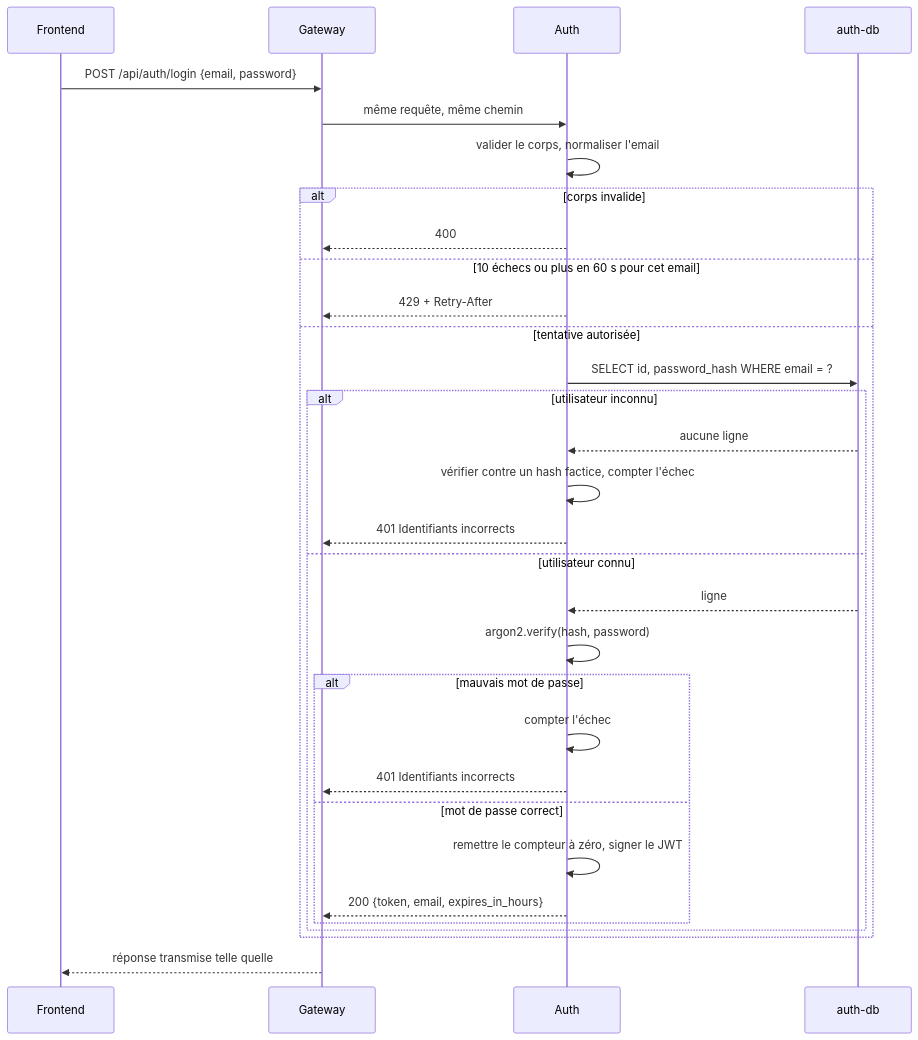
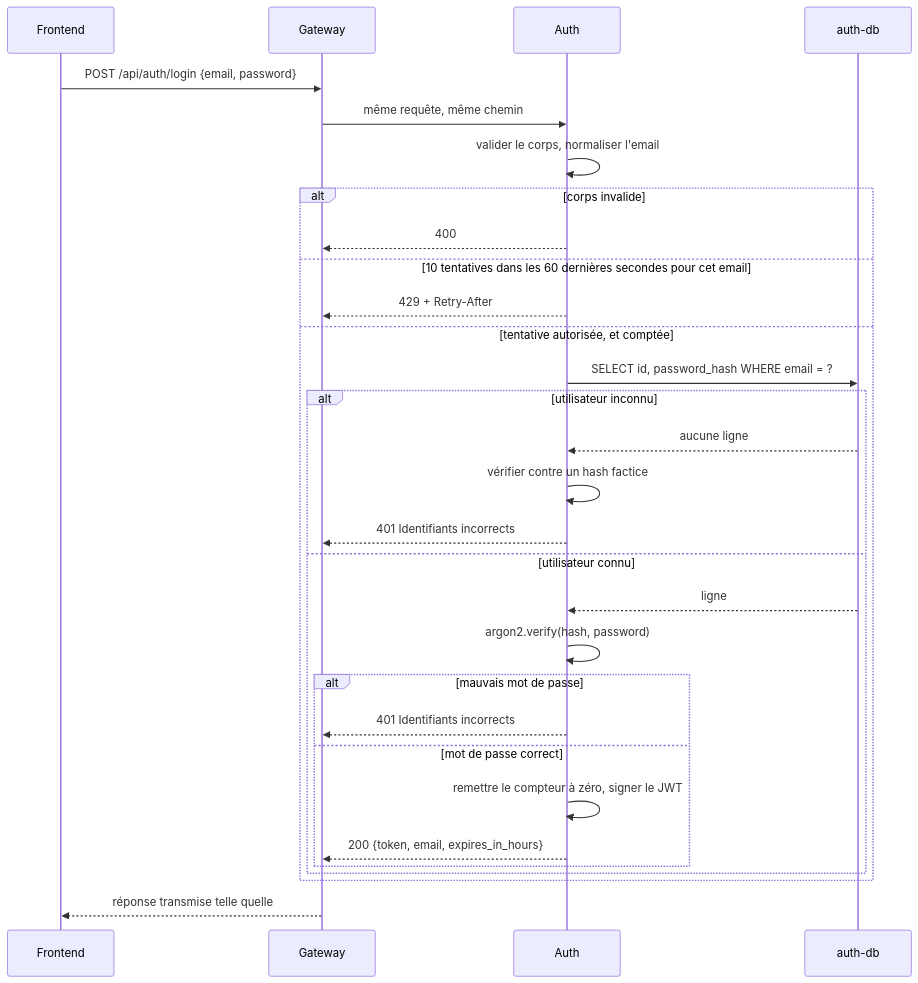
Before and after one commit to Ovsiankina/321-distributed-app: the second of 5 diagrams in docs/AUTH_SERVICE.md, drawn with Mermaid. The commit also changed other lines of this file and 27 other files, not shown here.

````diff
--- a/docs/AUTH_SERVICE.md
+++ b/docs/AUTH_SERVICE.md
@@ -469,34 +485,33 @@
 ```mermaid
 sequenceDiagram
     participant FE as Frontend
     participant GW as Gateway
     participant AU as Auth
     participant DB as auth-db
 
     FE->>GW: POST /api/auth/login {email, password}
     GW->>AU: même requête, même chemin
     AU->>AU: valider le corps, normaliser l'email
     alt corps invalide
         AU-->>GW: 400
-    else 10 échecs ou plus en 60 s pour cet email
+    else 10 tentatives dans les 60 dernières secondes pour cet email
         AU-->>GW: 429 + Retry-After
-    else tentative autorisée
+    else tentative autorisée, et comptée
         AU->>DB: SELECT id, password_hash WHERE email = ?
         alt utilisateur inconnu
             DB-->>AU: aucune ligne
-            AU->>AU: vérifier contre un hash factice, compter l'échec
+            AU->>AU: vérifier contre un hash factice
             AU-->>GW: 401 Identifiants incorrects
         else utilisateur connu
             DB-->>AU: ligne
             AU->>AU: argon2.verify(hash, password)
             alt mauvais mot de passe
-                AU->>AU: compter l'échec
                 AU-->>GW: 401 Identifiants incorrects
             else mot de passe correct
                 AU->>AU: remettre le compteur à zéro, signer le JWT
                 AU-->>GW: 200 {token, email, expires_in_hours}
             end
         end
     end
     GW-->>FE: réponse transmise telle quelle
 ```
````
